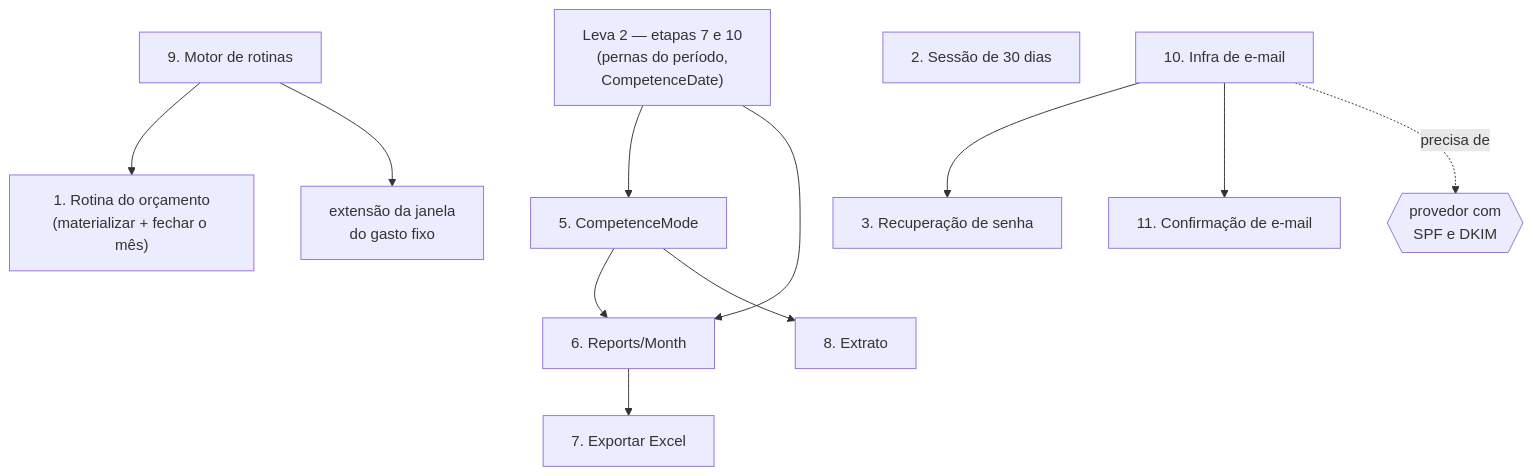
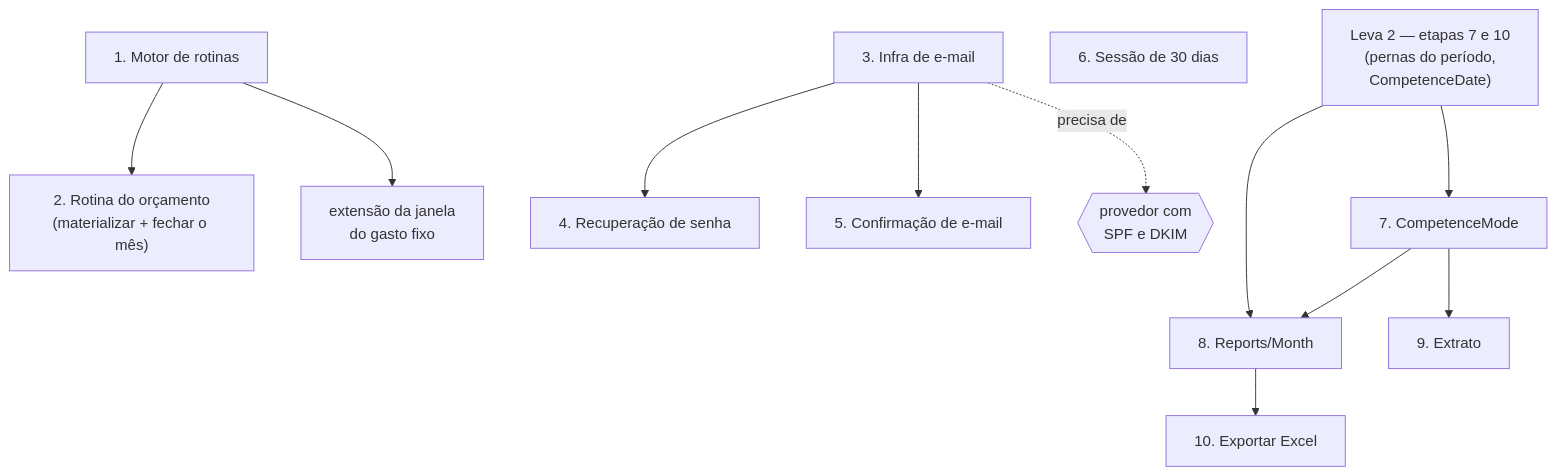
One commit to jamess0160/GastosMensaisV4 changed the diagram in docs/levas/3. Plano de Desenvolvimento - Leva 3.md. Above: the diagram before and after it, drawn with Mermaid. The commit also changed other lines of this file and 4 other files, not shown here.

````diff
--- a/docs/levas/3. Plano de Desenvolvimento - Leva 3.md
+++ b/docs/levas/3. Plano de Desenvolvimento - Leva 3.md
@@ -60,14 +75,14 @@
 ```mermaid
 graph TD
-    L2["Leva 2 — etapas 7 e 10<br/>(pernas do período,<br/>CompetenceDate)"] --> E5["5. CompetenceMode"]
-    L2 --> E6["6. Reports/Month"]
-    E5 --> E6
-    E9["9. Motor de rotinas"] --> E1["1. Rotina do orçamento<br/>(materializar + fechar o mês)"]
-    E9 --> FIXO["extensão da janela<br/>do gasto fixo"]
-    E6 --> E7["7. Exportar Excel"]
-    E5 --> E8["8. Extrato"]
-    E2["2. Sessão de 30 dias"]
-    E10["10. Infra de e-mail"] --> E3["3. Recuperação de senha"]
-    E10 --> E11["11. Confirmação de e-mail"]
-    E10 -.->|"precisa de"| MAIL{{"provedor com<br/>SPF e DKIM"}}
+    E1["1. Motor de rotinas"] --> E2["2. Rotina do orçamento<br/>(materializar + fechar o mês)"]
+    E1 --> FIXO["extensão da janela<br/>do gasto fixo"]
+    E3["3. Infra de e-mail"] --> E4["4. Recuperação de senha"]
+    E3 --> E5["5. Confirmação de e-mail"]
+    E3 -.->|"precisa de"| MAIL{{"provedor com<br/>SPF e DKIM"}}
+    E6["6. Sessão de 30 dias"]
+    L2["Leva 2 — etapas 7 e 10<br/>(pernas do período,<br/>CompetenceDate)"] --> E7["7. CompetenceMode"]
+    L2 --> E8["8. Reports/Month"]
+    E7 --> E8
+    E7 --> E9["9. Extrato"]
+    E8 --> E10["10. Exportar Excel"]
 ```
````
